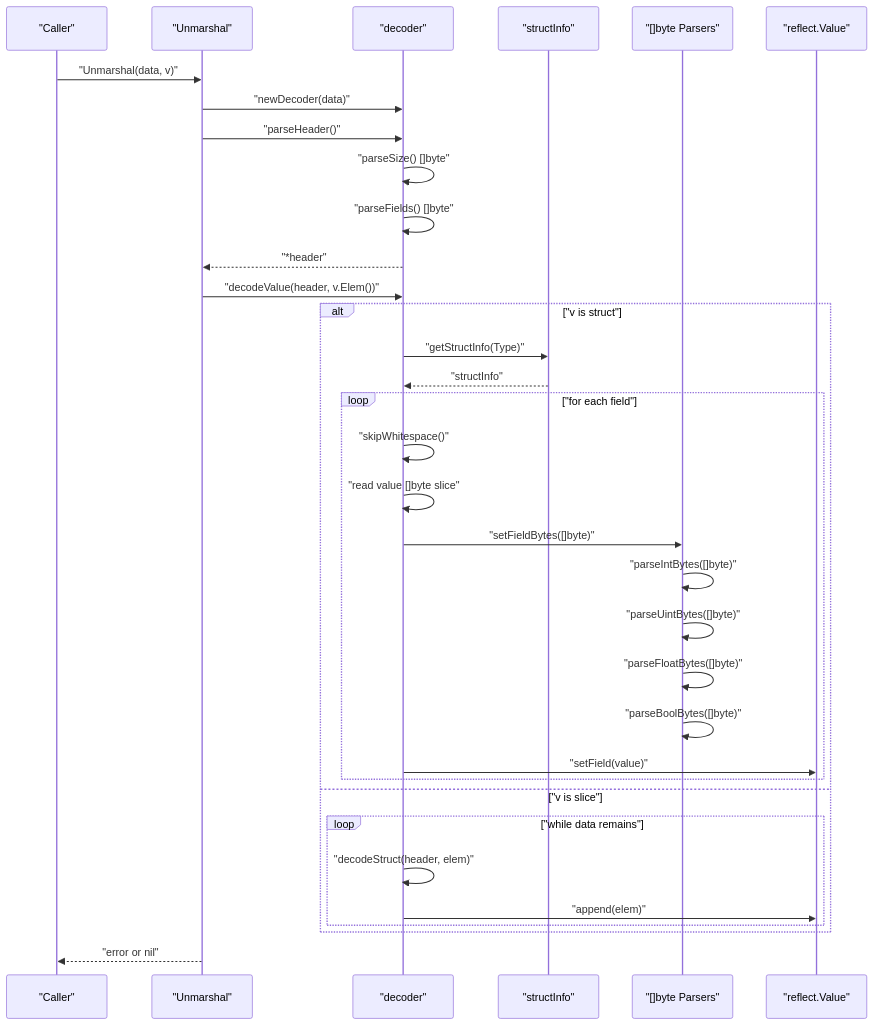
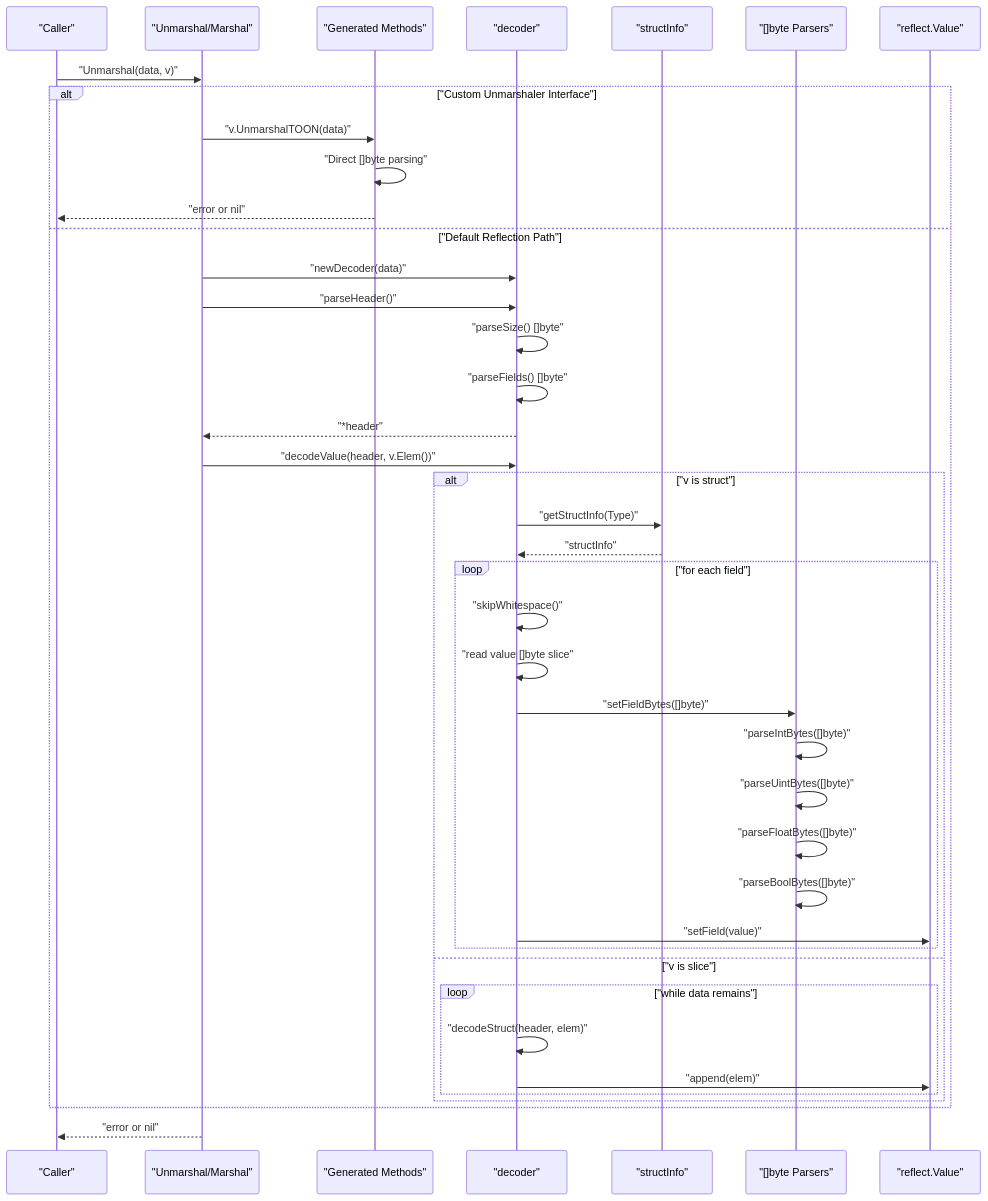
The second of 4 diagrams in .qoder/repowiki/en/content/Performance and Optimization.md (OTumanov/go-toon), drawn with Mermaid before and after one commit. The commit also changed other lines of this file and 11 other files, not shown here.

First line of the commit message:
feat: add Pre-flight Schema + Token Calculator to toongen

````diff
--- a/.qoder/repowiki/en/content/Performance and Optimization.md
+++ b/.qoder/repowiki/en/content/Performance and Optimization.md
@@ -119,36 +139,43 @@
 ```mermaid
 sequenceDiagram
 participant Caller as "Caller"
-participant API as "Unmarshal"
+participant API as "Unmarshal/Marshal"
+participant Gen as "Generated Methods"
 participant Dec as "decoder"
 participant Cache as "structInfo"
 participant Parsers as "[]byte Parsers"
 participant RT as "reflect.Value"
 Caller->>API : "Unmarshal(data, v)"
+alt "Custom Unmarshaler Interface"
+API->>Gen : "v.UnmarshalTOON(data)"
+Gen->>Gen : "Direct []byte parsing"
+Gen-->>Caller : "error or nil"
+else "Default Reflection Path"
 API->>Dec : "newDecoder(data)"
 API->>Dec : "parseHeader()"
 Dec->>Dec : "parseSize() []byte"
 Dec->>Dec : "parseFields() []byte"
 Dec-->>API : "*header"
 API->>Dec : "decodeValue(header, v.Elem())"
 alt "v is struct"
 Dec->>Cache : "getStructInfo(Type)"
 Cache-->>Dec : "structInfo"
 loop "for each field"
 Dec->>Dec : "skipWhitespace()"
 Dec->>Dec : "read value []byte slice"
 Dec->>Parsers : "setFieldBytes([]byte)"
 Parsers->>Parsers : "parseIntBytes([]byte)"
 Parsers->>Parsers : "parseUintBytes([]byte)"
 Parsers->>Parsers : "parseFloatBytes([]byte)"
 Parsers->>Parsers : "parseBoolBytes([]byte)"
 Dec->>RT : "setField(value)"
 end
 else "v is slice"
 loop "while data remains"
 Dec->>Dec : "decodeStruct(header, elem)"
 Dec->>RT : "append(elem)"
 end
 end
+end
 API-->>Caller : "error or nil"
 ```
````
